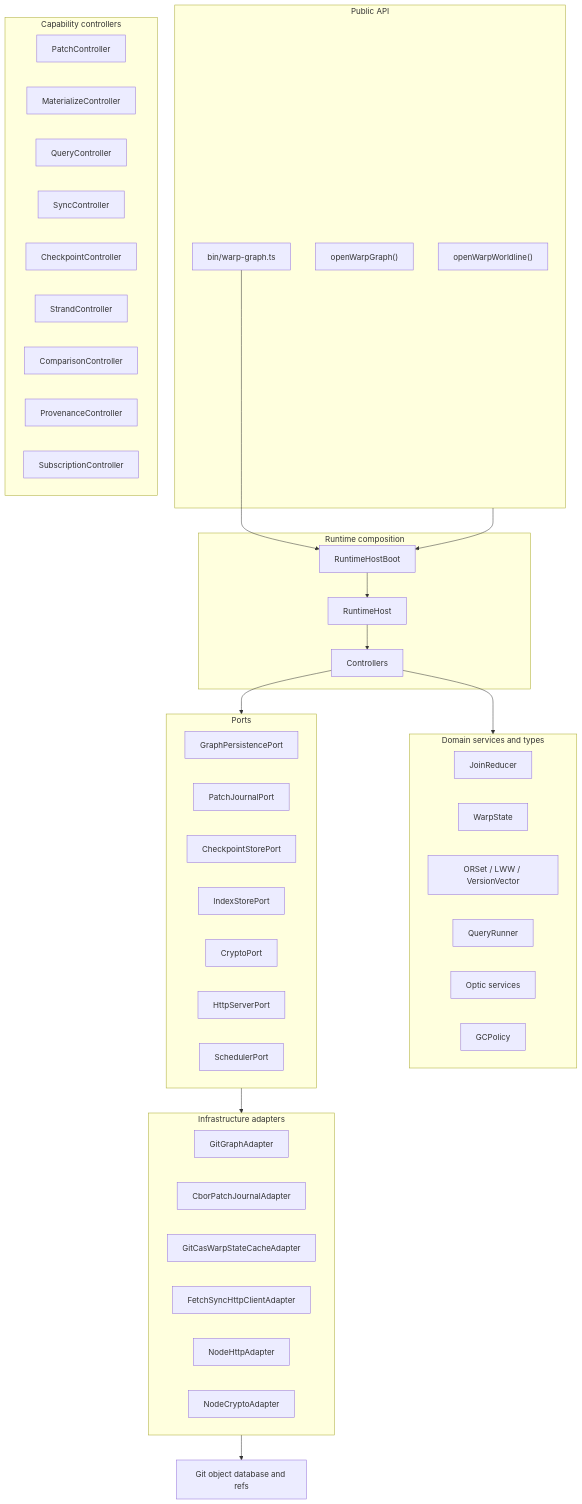
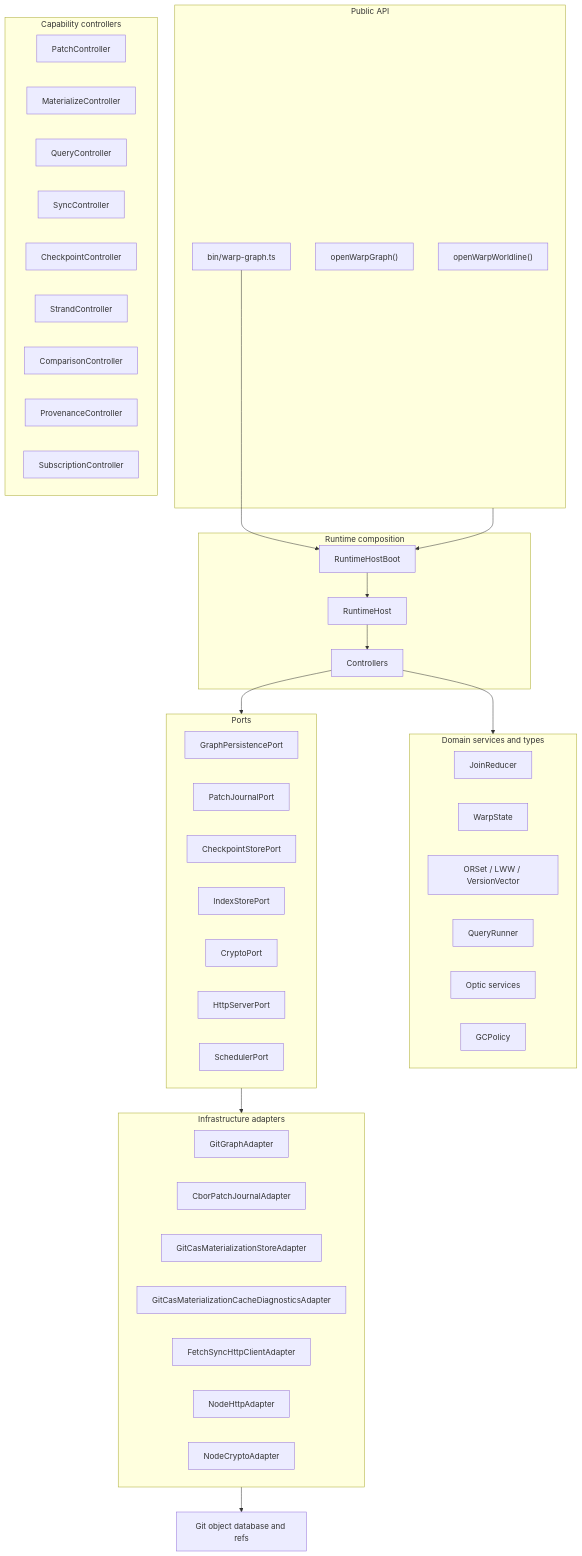
One commit to git-stunts/git-warp changed the fifth of 25 diagrams in docs/TECHNICAL_TEARDOWN.md. Above: the diagram before and after it, drawn with Mermaid. The commit also changed other lines of this file and 41 other files, not shown here.

Commit message:
Delegate materialization cache diagnostics to git-cas

````diff
--- a/docs/TECHNICAL_TEARDOWN.md
+++ b/docs/TECHNICAL_TEARDOWN.md
@@ -198,63 +198,64 @@
 ```mermaid
 flowchart TB
     subgraph API["Public API"]
       worldline["openWarpWorldline()"]
       graphBag["openWarpGraph()"]
       cli["bin/warp-graph.ts"]
     end
 
     subgraph Runtime["Runtime composition"]
       boot["RuntimeHostBoot"]
       host["RuntimeHost"]
       controllers["Controllers"]
     end
 
     subgraph Controllers["Capability controllers"]
       patch["PatchController"]
       materialize["MaterializeController"]
       query["QueryController"]
       sync["SyncController"]
       checkpoint["CheckpointController"]
       strand["StrandController"]
       comparison["ComparisonController"]
       provenance["ProvenanceController"]
       subscription["SubscriptionController"]
     end
 
     subgraph Domain["Domain services and types"]
       reducer["JoinReducer"]
       state["WarpState"]
       crdt["ORSet / LWW / VersionVector"]
       queryRunner["QueryRunner"]
       optics["Optic services"]
       gc["GCPolicy"]
     end
 
     subgraph Ports["Ports"]
       persistence["GraphPersistencePort"]
       journal["PatchJournalPort"]
       checkpointPort["CheckpointStorePort"]
       indexPort["IndexStorePort"]
       cryptoPort["CryptoPort"]
       httpPort["HttpServerPort"]
       schedulerPort["SchedulerPort"]
     end
 
     subgraph Adapters["Infrastructure adapters"]
       git["GitGraphAdapter"]
       cbor["CborPatchJournalAdapter"]
-      stateCache["GitCasWarpStateCacheAdapter"]
+      retainedCache["GitCasMaterializationStoreAdapter"]
+      cacheDoctor["GitCasMaterializationCacheDiagnosticsAdapter"]
       fetch["FetchSyncHttpClientAdapter"]
       nodeHttp["NodeHttpAdapter"]
       nodeCrypto["NodeCryptoAdapter"]
     end
 
     API --> boot
     cli --> boot
     boot --> host
     host --> controllers
     controllers --> Domain
     controllers --> Ports
     Ports --> Adapters
     Adapters --> gitSubstrate["Git object database and refs"]
 ```
````
